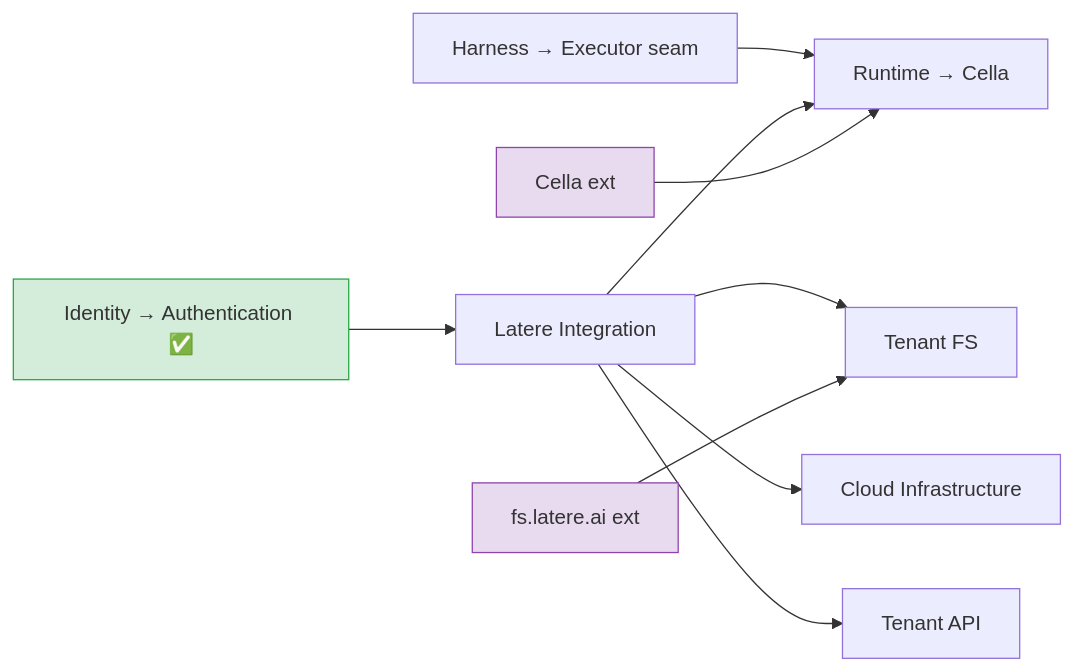
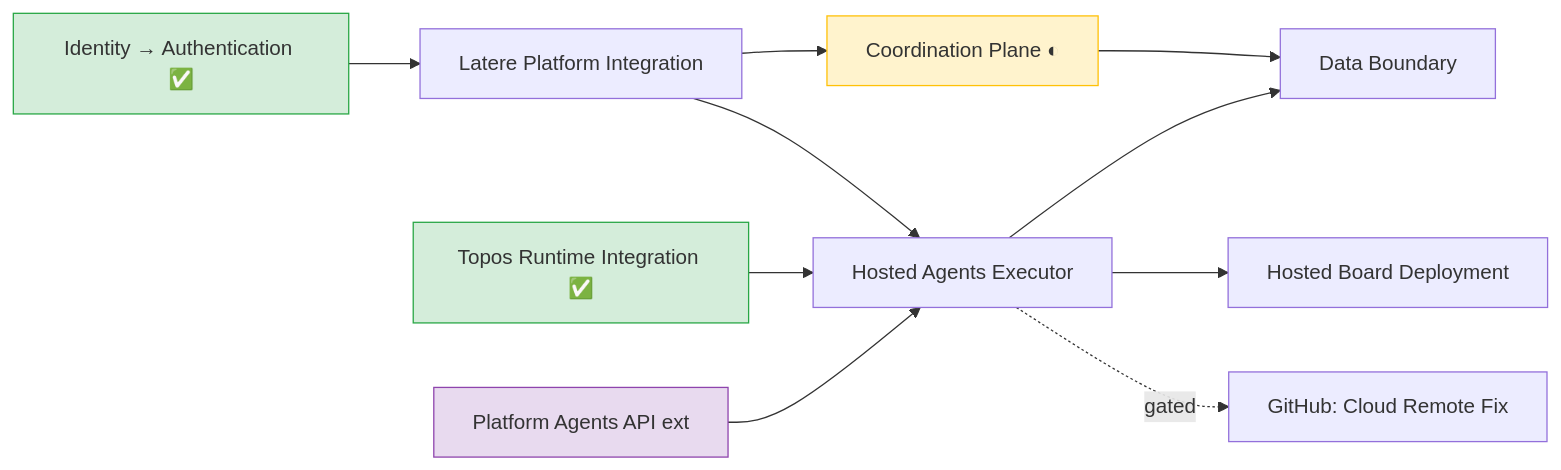
Before and after one commit to changkun/wallfacer: the third of 4 diagrams in specs/README.md, drawn with Mermaid. The commit also changed other lines of this file and 1 other file, not shown here.

Commit message:
specs, readme: the cloud track index follows the one-platform integration

````diff
--- a/specs/README.md
+++ b/specs/README.md
@@ -301,15 +301,17 @@
 ```mermaid
 graph LR
-  AUTH[Identity → Authentication ✅] --> LI[Latere Integration]
-  HA[Harness → Executor seam] --> CR[Runtime → Cella]
-  LI --> CR
-  LI --> TFS[Tenant FS]
-  LI --> CI[Cloud Infrastructure]
-  LI --> TA[Tenant API]
-  SBX[Cella ext] --> CR
-  FS[fs.latere.ai ext] --> TFS
+  AUTH[Identity → Authentication ✅] --> LI[Latere Platform Integration]
+  LI --> CP[Coordination Plane ◐]
+  LI --> HE[Hosted Agents Executor]
+  TRI[Topos Runtime Integration ✅] --> HE
+  AG[Platform Agents API ext] --> HE
+  HE --> HB[Hosted Board Deployment]
+  HE -.gated.-> CRF[GitHub: Cloud Remote Fix]
+  CP --> DB[Data Boundary]
+  HE --> DB
 
   style AUTH fill:#d4edda,stroke:#28a745
-  style FS fill:#e8daef,stroke:#8e44ad
-  style SBX fill:#e8daef,stroke:#8e44ad
+  style TRI fill:#d4edda,stroke:#28a745
+  style CP fill:#fff3cd,stroke:#ffc107
+  style AG fill:#e8daef,stroke:#8e44ad
 ```
````
